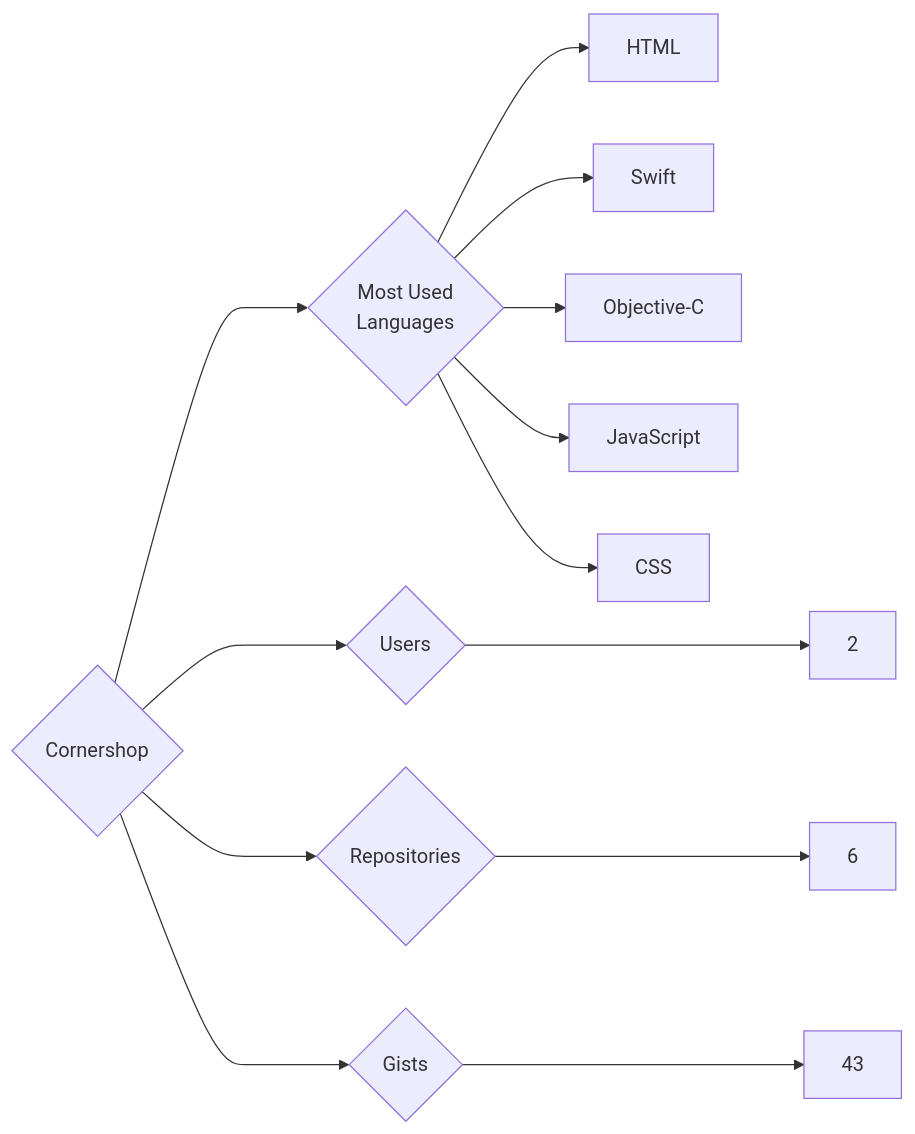
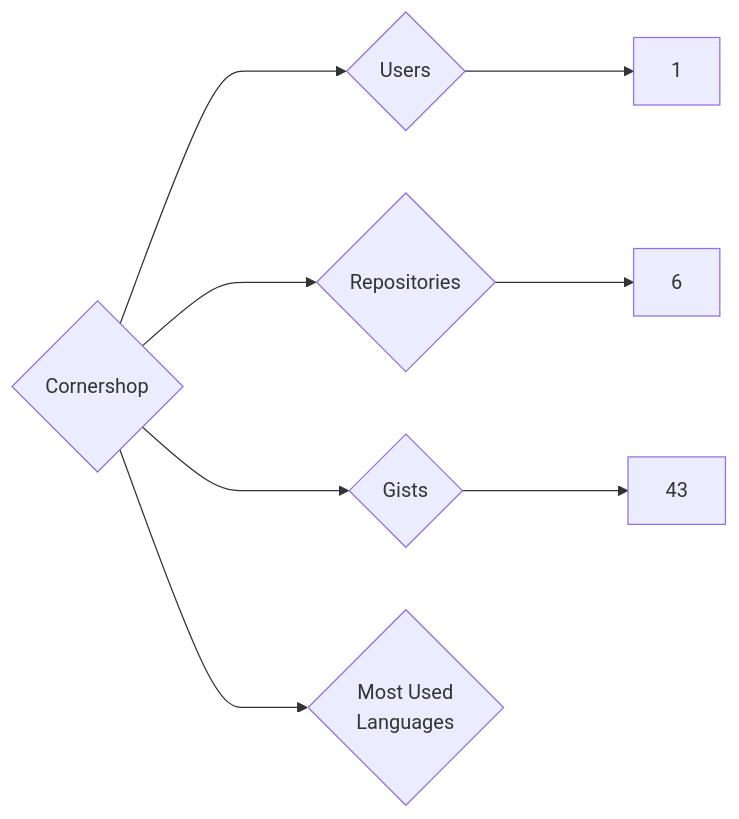
Before and after one commit to trickest/insiders: the diagram in targets/Cornershop/README.md, drawn with Mermaid. The commit also changed 840 other files, not shown here.

````diff
--- a/targets/Cornershop/README.md
+++ b/targets/Cornershop/README.md
@@ -3,13 +3,8 @@
 ```mermaid
 graph LR
 COMPANY_NAME{Cornershop}
-COMPANY_NAME ---> U{Users} ---> UN[2]
+COMPANY_NAME ---> U{Users} ---> UN[1]
 COMPANY_NAME ---> R{Repositories} ---> RN[6]
 COMPANY_NAME ---> G{Gists} ---> GN[43]
 COMPANY_NAME ---> ML{Most Used<br>Languages}
-ML --> HTML[HTML]
-ML --> Swift[Swift]
-ML --> Objective-C[Objective-C]
-ML --> JavaScript[JavaScript]
-ML --> CSS[CSS]
 ```
````
